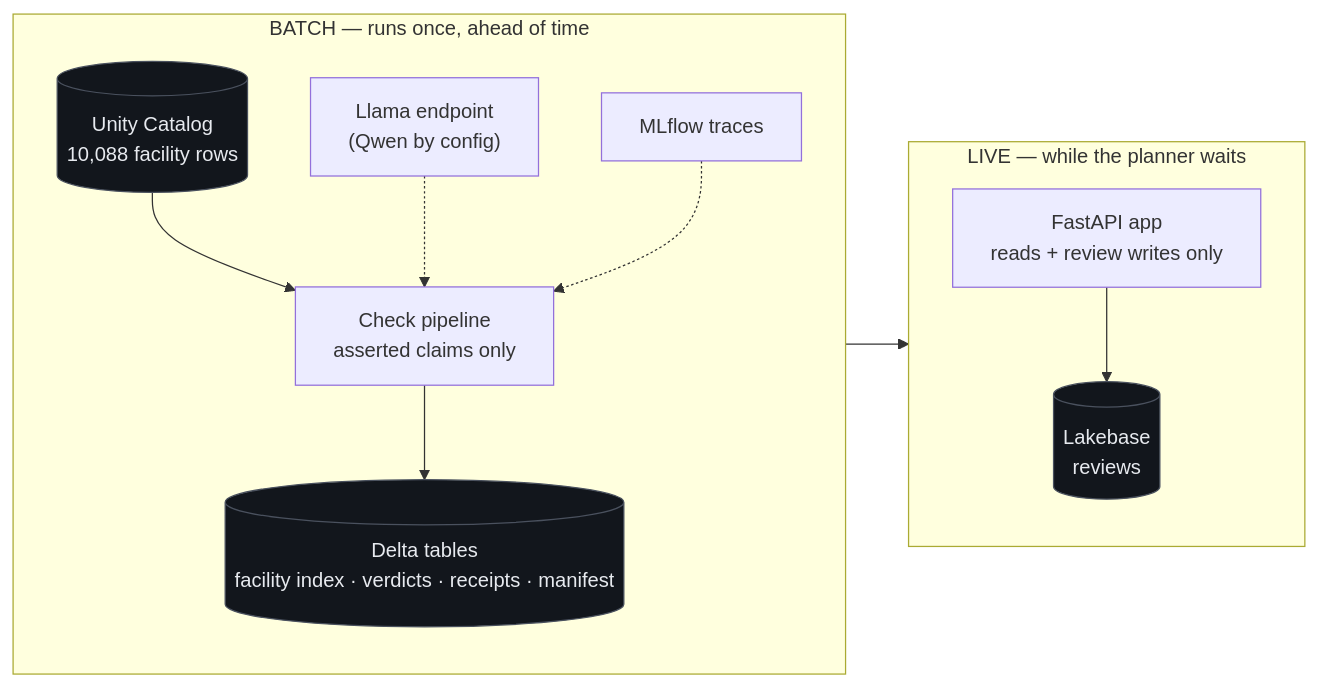
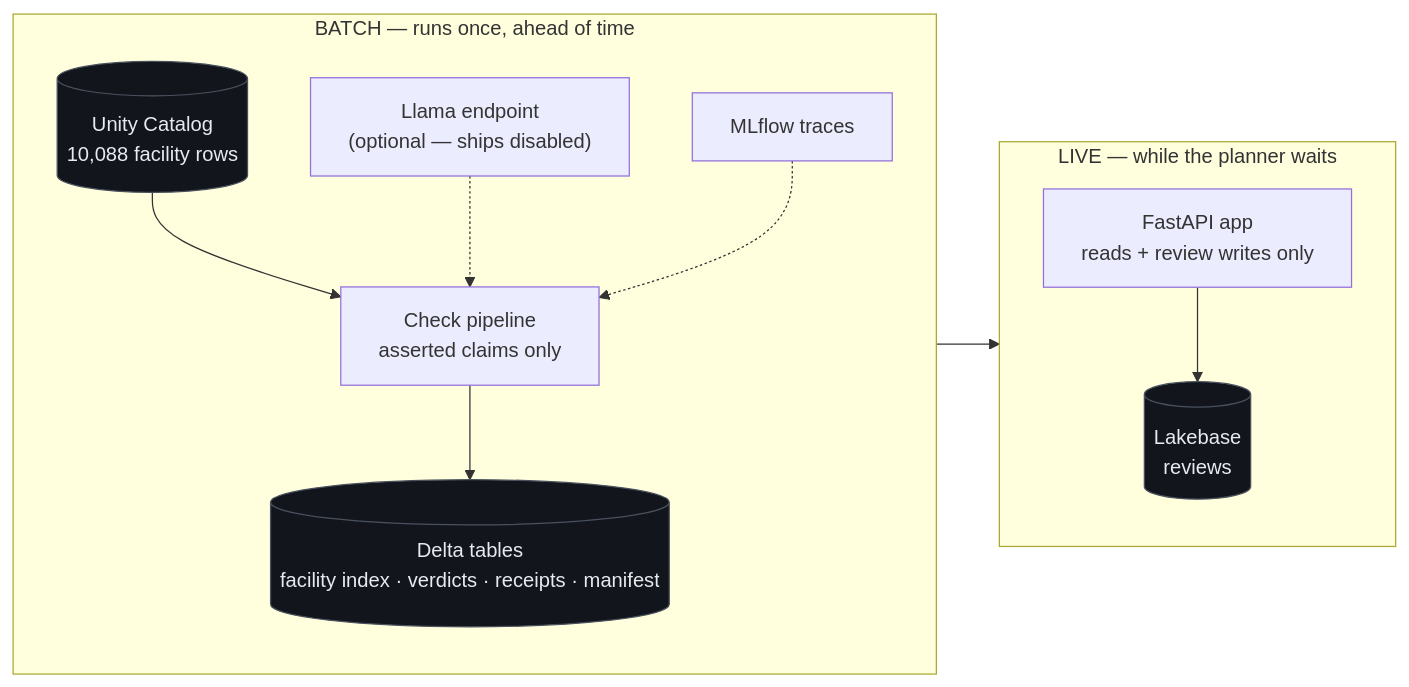
The diagram in README.md (timezyme/hacknation-6-global-hackathon), drawn with Mermaid before and after one commit. The commit also changed other lines of this file and 3 other files, not shown here.

Commit message:
docs: refresh README and architecture to shipped state

````diff
--- a/README.md
+++ b/README.md
@@ -88,21 +98,21 @@
 ```mermaid
 %%{init: {"flowchart": {"wrappingWidth": 560}}}%%
 flowchart LR
     subgraph BATCH["BATCH — runs once, ahead of time"]
       direction TB
       UC[("Unity Catalog<br/>10,088 facility rows")] --> RUN["Check pipeline<br/>asserted claims only"]
       RUN --> OUT[("Delta tables<br/>facility index · verdicts · receipts · manifest")]
-      LLM["Llama endpoint<br/>(Qwen by config)"] -.-> RUN
+      LLM["Llama endpoint<br/>(optional — ships disabled)"] -.-> RUN
       MLF["MLflow traces"] -.-> RUN
     end
 
     subgraph LIVE["LIVE — while the planner waits"]
       direction TB
       API["FastAPI app<br/>reads + review writes only"] --> LB[("Lakebase<br/>reviews")]
     end
 
     OUT --> API
 
     classDef store fill:#12161c,stroke:#4a515e,color:#e7eaef
     class UC,OUT,LB store
 ```
````
